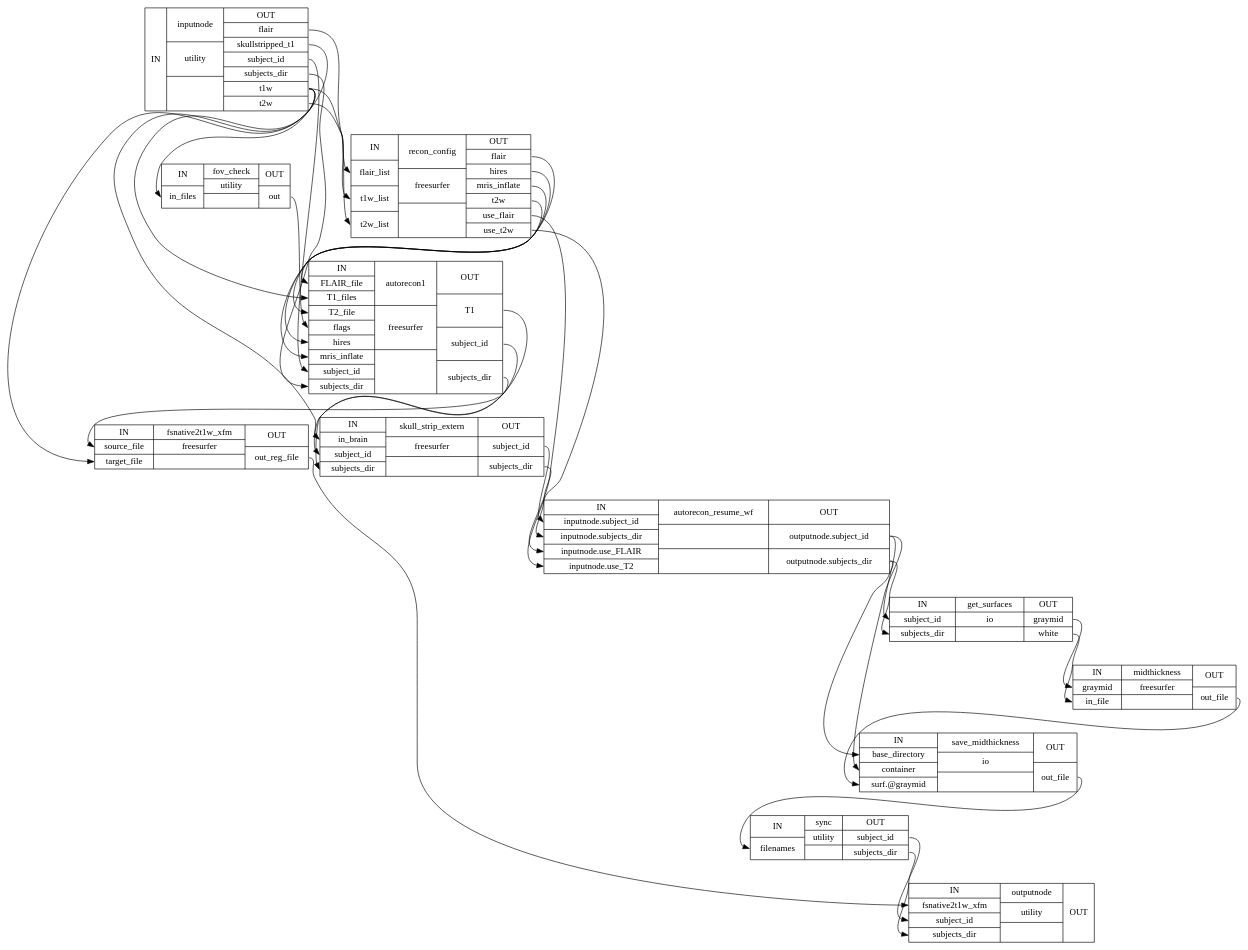
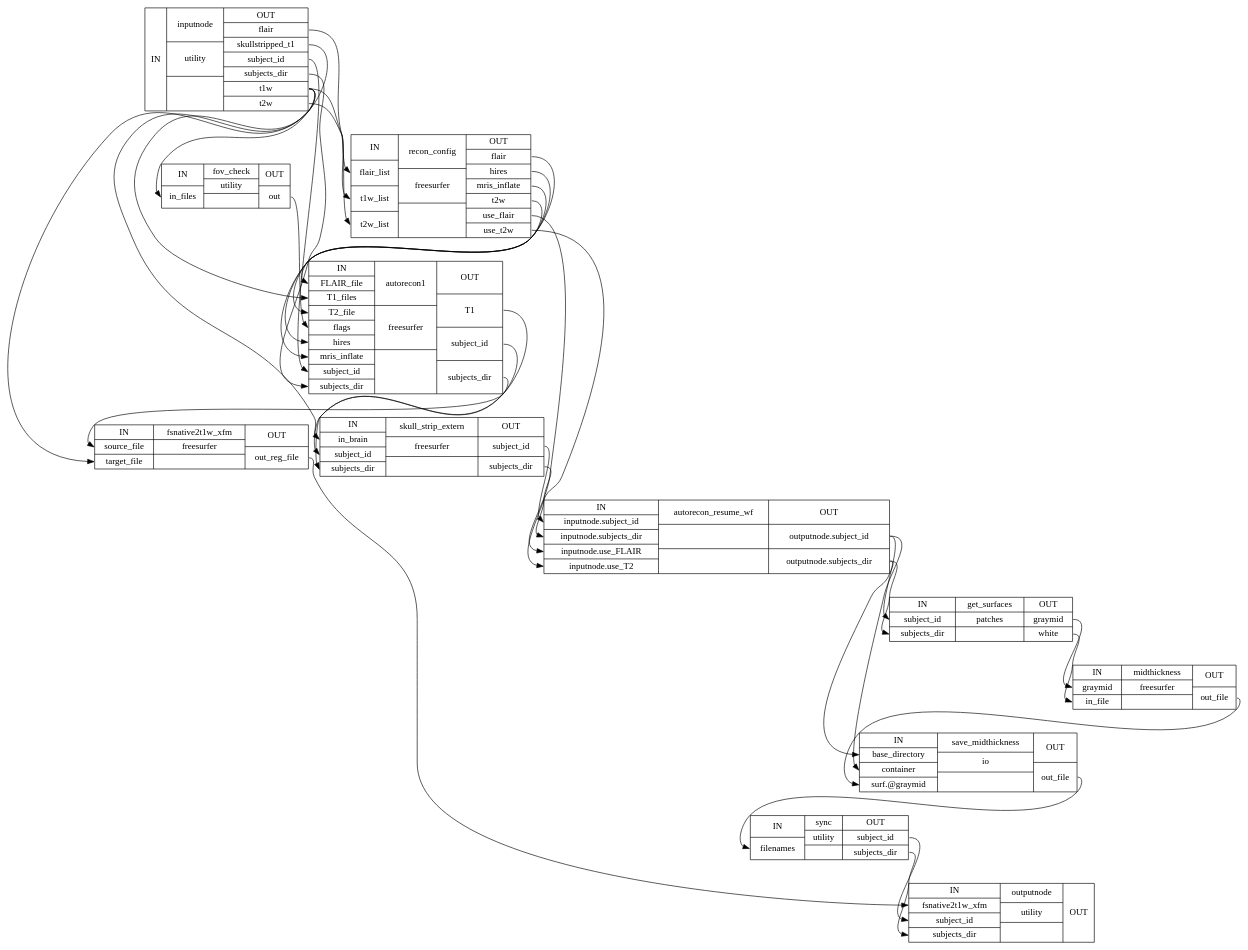
Before and after one commit to laviniawuensch/smriprep: the diagram in master/wf_directive/api/surface_recon_wf/smriprep-workflows-surfaces-11_detailed.dot, drawn with Graphviz. The commit also changed 2568 other files, not shown here.

```diff
--- a/master/wf_directive/api/surface_recon_wf/smriprep-workflows-surfaces-11_detailed.dot
+++ b/master/wf_directive/api/surface_recon_wf/smriprep-workflows-surfaces-11_detailed.dot
@@ -1,47 +1,47 @@
 digraph structs {
 node [shape=record];
 surface_recon_wfinputnode [label="{IN}|{ inputnode | utility |  }|{OUT|<outflair> flair|<outskullstrippedt1> skullstripped_t1|<outsubjectid> subject_id|<outsubjectsdir> subjects_dir|<outt1w> t1w|<outt2w> t2w}"];
 surface_recon_wfrecon_config [label="{IN|<inflairlist> flair_list|<int1wlist> t1w_list|<int2wlist> t2w_list}|{ recon_config | freesurfer |  }|{OUT|<outflair> flair|<outhires> hires|<outmrisinflate> mris_inflate|<outt2w> t2w|<outuseflair> use_flair|<outuset2w> use_t2w}"];
 surface_recon_wffov_check [label="{IN|<ininfiles> in_files}|{ fov_check | utility |  }|{OUT|<outout> out}"];
 surface_recon_wfautorecon1 [label="{IN|<inFLAIRfile> FLAIR_file|<inT1files> T1_files|<inT2file> T2_file|<inflags> flags|<inhires> hires|<inmrisinflate> mris_inflate|<insubjectid> subject_id|<insubjectsdir> subjects_dir}|{ autorecon1 | freesurfer |  }|{OUT|<outT1> T1|<outsubjectid> subject_id|<outsubjectsdir> subjects_dir}"];
 surface_recon_wfskull_strip_extern [label="{IN|<ininbrain> in_brain|<insubjectid> subject_id|<insubjectsdir> subjects_dir}|{ skull_strip_extern | freesurfer |  }|{OUT|<outsubjectid> subject_id|<outsubjectsdir> subjects_dir}"];
 surface_recon_wffsnative2t1w_xfm [label="{IN|<insourcefile> source_file|<intargetfile> target_file}|{ fsnative2t1w_xfm | freesurfer |  }|{OUT|<outoutregfile> out_reg_file}"];
 surface_recon_wfautorecon_resume_wf [label="{IN|<ininputnodesubjectid> inputnode.subject_id|<ininputnodesubjectsdir> inputnode.subjects_dir|<ininputnodeuseFLAIR> inputnode.use_FLAIR|<ininputnodeuseT2> inputnode.use_T2}|{ autorecon_resume_wf |  |  }|{OUT|<outoutputnodesubjectid> outputnode.subject_id|<outoutputnodesubjectsdir> outputnode.subjects_dir}"];
-surface_recon_wfget_surfaces [label="{IN|<insubjectid> subject_id|<insubjectsdir> subjects_dir}|{ get_surfaces | io |  }|{OUT|<outgraymid> graymid|<outwhite> white}"];
+surface_recon_wfget_surfaces [label="{IN|<insubjectid> subject_id|<insubjectsdir> subjects_dir}|{ get_surfaces | patches |  }|{OUT|<outgraymid> graymid|<outwhite> white}"];
 surface_recon_wfmidthickness [label="{IN|<ingraymid> graymid|<ininfile> in_file}|{ midthickness | freesurfer |  }|{OUT|<outoutfile> out_file}"];
 surface_recon_wfsave_midthickness [label="{IN|<inbasedirectory> base_directory|<incontainer> container|<insurfgraymid> surf.@graymid}|{ save_midthickness | io |  }|{OUT|<outoutfile> out_file}"];
 surface_recon_wfsync [label="{IN|<infilenames> filenames}|{ sync | utility |  }|{OUT|<outsubjectid> subject_id|<outsubjectsdir> subjects_dir}"];
 surface_recon_wfoutputnode [label="{IN|<infsnative2t1wxfm> fsnative2t1w_xfm|<insubjectid> subject_id|<insubjectsdir> subjects_dir}|{ outputnode | utility |  }|{OUT}"];
 surface_recon_wfautorecon1:outT1:e -> surface_recon_wffsnative2t1w_xfm:insourcefile:w;
 surface_recon_wfautorecon1:outsubjectid:e -> surface_recon_wfskull_strip_extern:insubjectid:w;
 surface_recon_wfautorecon1:outsubjectsdir:e -> surface_recon_wfskull_strip_extern:insubjectsdir:w;
 surface_recon_wfautorecon_resume_wf:outoutputnodesubjectid:e -> surface_recon_wfget_surfaces:insubjectid:w;
 surface_recon_wfautorecon_resume_wf:outoutputnodesubjectid:e -> surface_recon_wfsave_midthickness:incontainer:w;
 surface_recon_wfautorecon_resume_wf:outoutputnodesubjectsdir:e -> surface_recon_wfget_surfaces:insubjectsdir:w;
 surface_recon_wfautorecon_resume_wf:outoutputnodesubjectsdir:e -> surface_recon_wfsave_midthickness:inbasedirectory:w;
 surface_recon_wffov_check:outout:e -> surface_recon_wfautorecon1:inflags:w;
 surface_recon_wffsnative2t1w_xfm:outoutregfile:e -> surface_recon_wfoutputnode:infsnative2t1wxfm:w;
 surface_recon_wfget_surfaces:outgraymid:e -> surface_recon_wfmidthickness:ingraymid:w;
 surface_recon_wfget_surfaces:outwhite:e -> surface_recon_wfmidthickness:ininfile:w;
 surface_recon_wfinputnode:outflair:e -> surface_recon_wfrecon_config:inflairlist:w;
 surface_recon_wfinputnode:outskullstrippedt1:e -> surface_recon_wfskull_strip_extern:ininbrain:w;
 surface_recon_wfinputnode:outsubjectid:e -> surface_recon_wfautorecon1:insubjectid:w;
 surface_recon_wfinputnode:outsubjectsdir:e -> surface_recon_wfautorecon1:insubjectsdir:w;
 surface_recon_wfinputnode:outt1w:e -> surface_recon_wfautorecon1:inT1files:w;
 surface_recon_wfinputnode:outt1w:e -> surface_recon_wffov_check:ininfiles:w;
 surface_recon_wfinputnode:outt1w:e -> surface_recon_wffsnative2t1w_xfm:intargetfile:w;
 surface_recon_wfinputnode:outt1w:e -> surface_recon_wfrecon_config:int1wlist:w;
 surface_recon_wfinputnode:outt2w:e -> surface_recon_wfrecon_config:int2wlist:w;
 surface_recon_wfmidthickness:outoutfile:e -> surface_recon_wfsave_midthickness:insurfgraymid:w;
 surface_recon_wfrecon_config:outflair:e -> surface_recon_wfautorecon1:inFLAIRfile:w;
 surface_recon_wfrecon_config:outhires:e -> surface_recon_wfautorecon1:inhires:w;
 surface_recon_wfrecon_config:outmrisinflate:e -> surface_recon_wfautorecon1:inmrisinflate:w;
 surface_recon_wfrecon_config:outt2w:e -> surface_recon_wfautorecon1:inT2file:w;
 surface_recon_wfrecon_config:outuseflair:e -> surface_recon_wfautorecon_resume_wf:ininputnodeuseFLAIR:w;
 surface_recon_wfrecon_config:outuset2w:e -> surface_recon_wfautorecon_resume_wf:ininputnodeuseT2:w;
 surface_recon_wfsave_midthickness:outoutfile:e -> surface_recon_wfsync:infilenames:w;
 surface_recon_wfskull_strip_extern:outsubjectid:e -> surface_recon_wfautorecon_resume_wf:ininputnodesubjectid:w;
 surface_recon_wfskull_strip_extern:outsubjectsdir:e -> surface_recon_wfautorecon_resume_wf:ininputnodesubjectsdir:w;
 surface_recon_wfsync:outsubjectid:e -> surface_recon_wfoutputnode:insubjectid:w;
 surface_recon_wfsync:outsubjectsdir:e -> surface_recon_wfoutputnode:insubjectsdir:w;
 }
```
